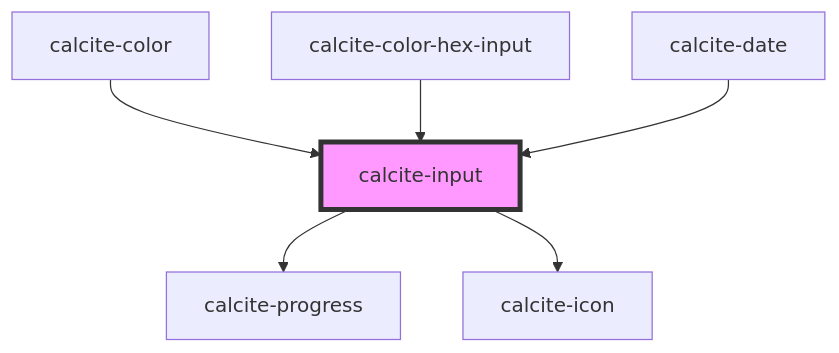
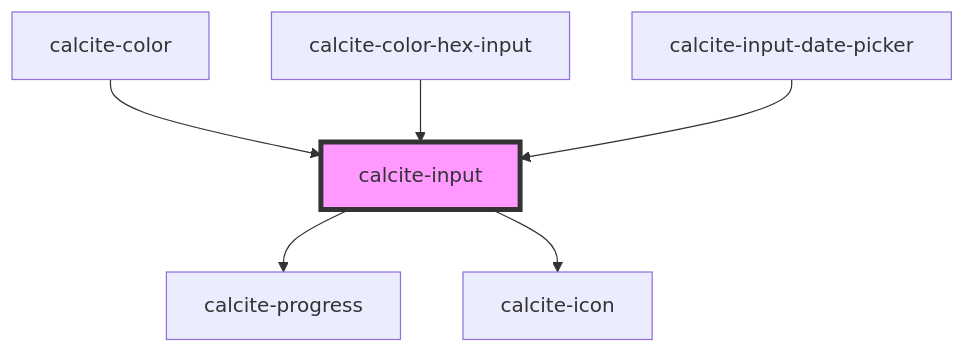
Before and after one commit to vikivakarvc/calcite-design-system: the diagram in src/components/calcite-input/readme.md, drawn with Mermaid. The commit also changed other lines of this file and 2 other files, not shown here.

First line of the commit message:
feat(calcite-input): Allow setting "any" on step attribute for calcite-input (#1488)

````diff
--- a/src/components/calcite-input/readme.md
+++ b/src/components/calcite-input/readme.md
@@ -180,9 +180,9 @@
 ```mermaid
 graph TD;
   calcite-input --> calcite-progress
   calcite-input --> calcite-icon
   calcite-color --> calcite-input
   calcite-color-hex-input --> calcite-input
-  calcite-date --> calcite-input
+  calcite-input-date-picker --> calcite-input
   style calcite-input fill:#f9f,stroke:#333,stroke-width:4px
 ```
````
